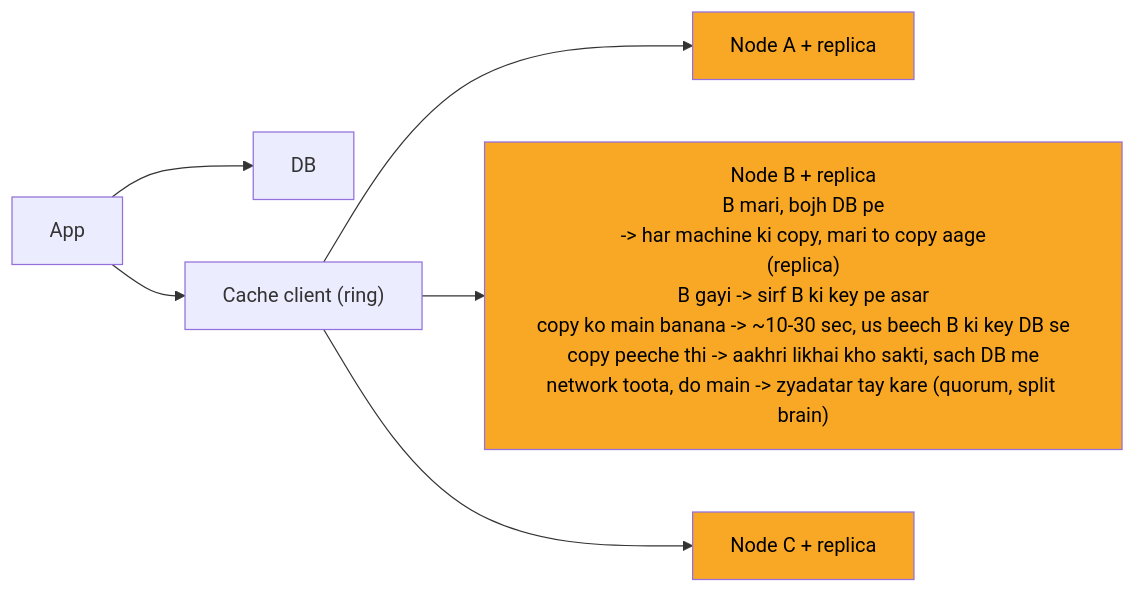
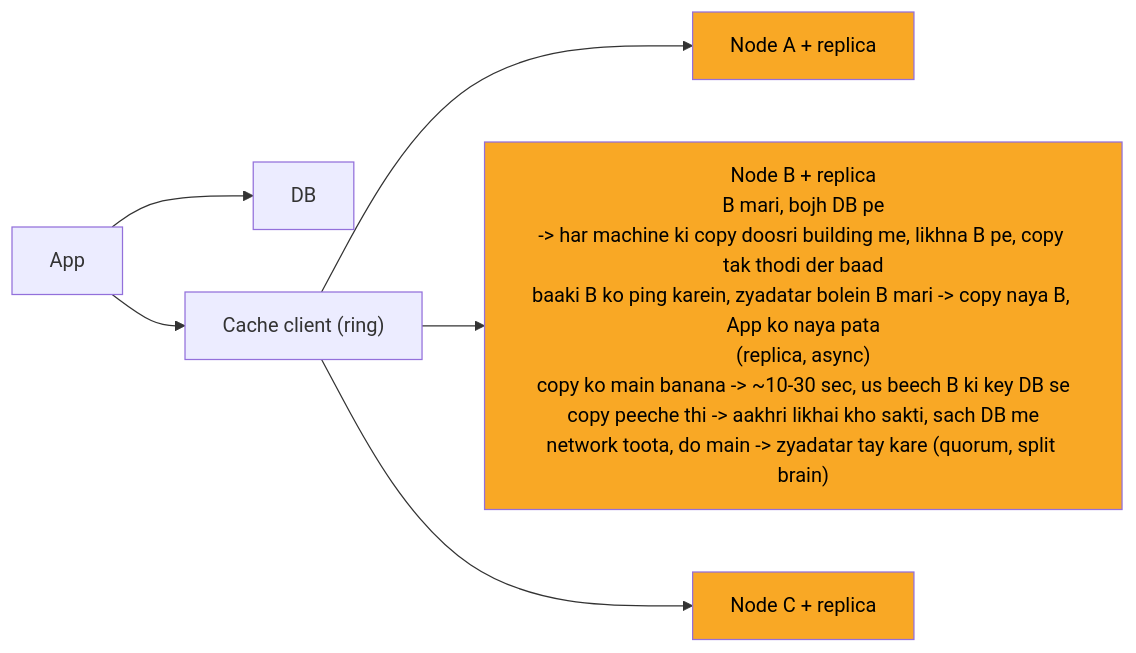
The fourth of 8 diagrams in 04_HLD/SYSTEM_DESIGNS/10_distributed_cache/10_distributed_cache.md (ArpanMaheshwari144/Prep), drawn with Mermaid before and after one commit. The commit also changed other lines of this file and 13 other files, not shown here.

````diff
--- a/04_HLD/SYSTEM_DESIGNS/10_distributed_cache/10_distributed_cache.md
+++ b/04_HLD/SYSTEM_DESIGNS/10_distributed_cache/10_distributed_cache.md
@@ -179,18 +182,18 @@
 ```mermaid
 %%{init: {"flowchart": {"wrappingWidth": 450}}}%%
 flowchart LR
     n_App["App"]
     n_DB["DB"]
     n_Cache_client["Cache client (ring)"]
     n_Node_A_replica["Node A + replica"]
-    n_Node_B_replica["Node B + replica<br/>B mari, bojh DB pe<br/>-> har machine ki copy, mari to copy aage<br/>(replica)<br/>B gayi -> sirf B ki key pe asar<br/>copy ko main banana -> ~10-30 sec, us beech B ki key DB se<br/>copy peeche thi -> aakhri likhai kho sakti, sach DB me<br/>network toota, do main -> zyadatar tay kare (quorum, split brain)"]
+    n_Node_B_replica["Node B + replica<br/>B mari, bojh DB pe<br/>-> har machine ki copy doosri building me, likhna B pe, copy tak thodi der baad<br/>baaki B ko ping karein, zyadatar bolein B mari -> copy naya B, App ko naya pata<br/>(replica, async)<br/>copy ko main banana -> ~10-30 sec, us beech B ki key DB se<br/>copy peeche thi -> aakhri likhai kho sakti, sach DB me<br/>network toota, do main -> zyadatar tay kare (quorum, split brain)"]
     n_Node_C_replica["Node C + replica"]
     n_App --> n_DB
     n_App --> n_Cache_client
     n_Cache_client --> n_Node_A_replica
     n_Cache_client --> n_Node_B_replica
     n_Cache_client --> n_Node_C_replica
     style n_Node_A_replica fill:#f9a825,color:#000
     style n_Node_B_replica fill:#f9a825,color:#000
     style n_Node_C_replica fill:#f9a825,color:#000
 ```
````
